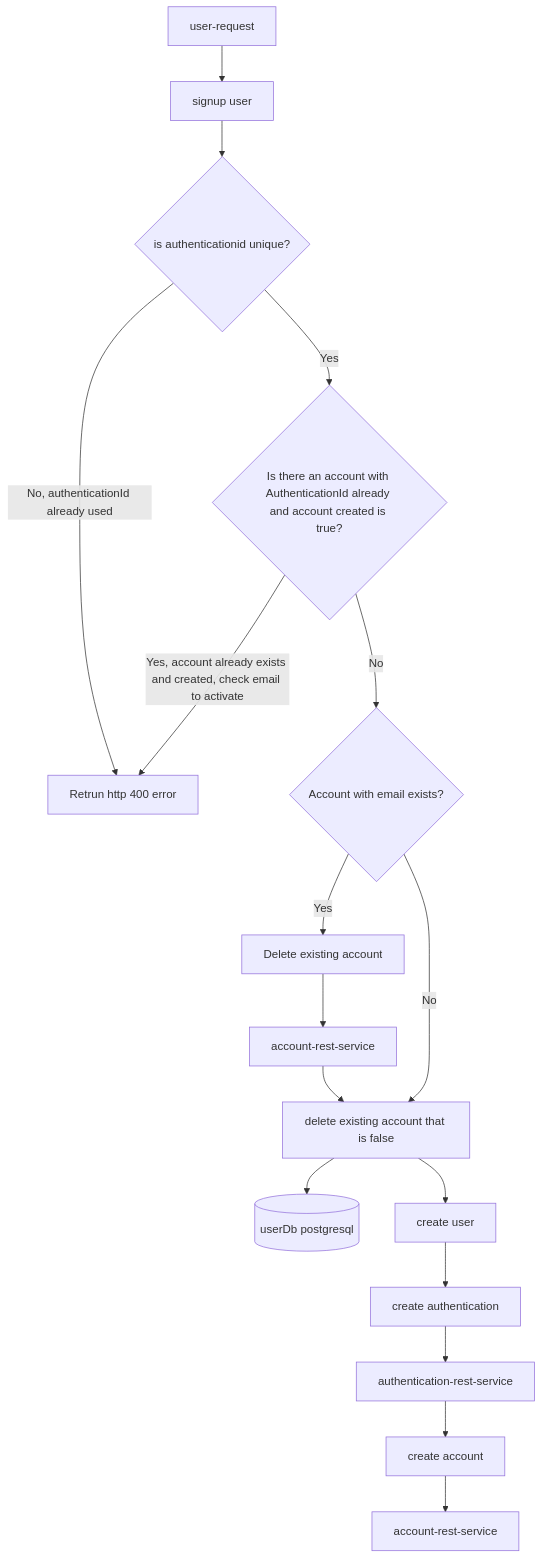
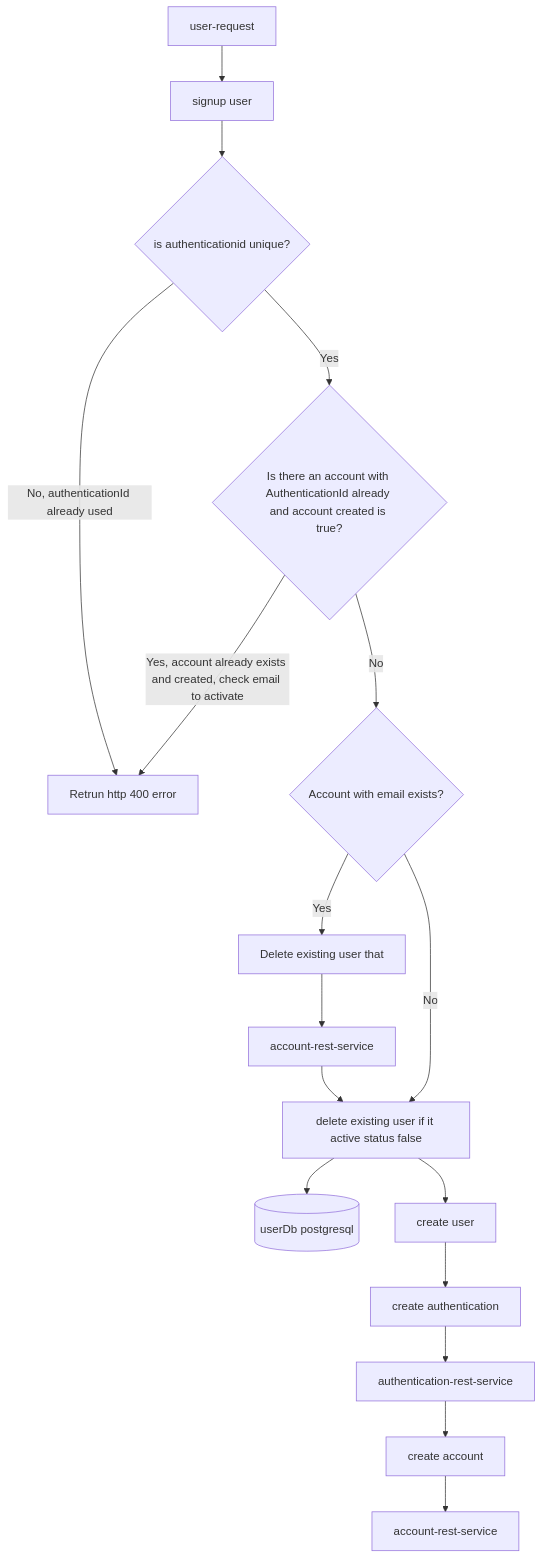
One commit to sonamsamdupkhangsar/user-rest-service changed the first of 7 diagrams in README.md. Above: the diagram before and after it, drawn with Mermaid.

Commit message:
update workflow

````diff
--- a/README.md
+++ b/README.md
@@ -73,20 +73,20 @@
 ```mermaid
 flowchart TD
   User[user-request] --> user-rest-service[signup user]
   user-rest-service --> isAuthenticationIdUnique{is authenticationid unique?}
   isAuthenticationIdUnique -->|No, authenticationId already used| returnError[Retrun http 400 error]
   isAuthenticationIdUnique -->|Yes| accountExistsByAuthenticationIdAndTrue{Is there an account with AuthenticationId already and account created is true?}
   accountExistsByAuthenticationIdAndTrue -->|Yes, account already exists and created, check email to activate| returnError
   accountExistsByAuthenticationIdAndTrue -->|No| accountWithEmailExists{Account with email exists?}
-  accountWithEmailExists -->|Yes| deleteAccount[Delete existing account]
+  accountWithEmailExists -->|Yes| deleteAccount[Delete existing user that]
   deleteAccount --> deleteExistingAccount[account-rest-service]
   deleteExistingAccount -->  deleteByAuthenticationIdAndActiveFalse
-  accountWithEmailExists -->|No| deleteByAuthenticationIdAndActiveFalse[delete existing account that is false]
+  accountWithEmailExists -->|No| deleteByAuthenticationIdAndActiveFalse[delete existing user if it active status false]
   deleteByAuthenticationIdAndActiveFalse --> userDb[(userDb postgresql)]
   deleteByAuthenticationIdAndActiveFalse --> saveUser[create user]
   saveUser --> createAuthentication[create authentication]
   createAuthentication --> authentication-rest-service
   authentication-rest-service --> createAccount[create account]
   createAccount --> account-rest-service
   
 ```
````
